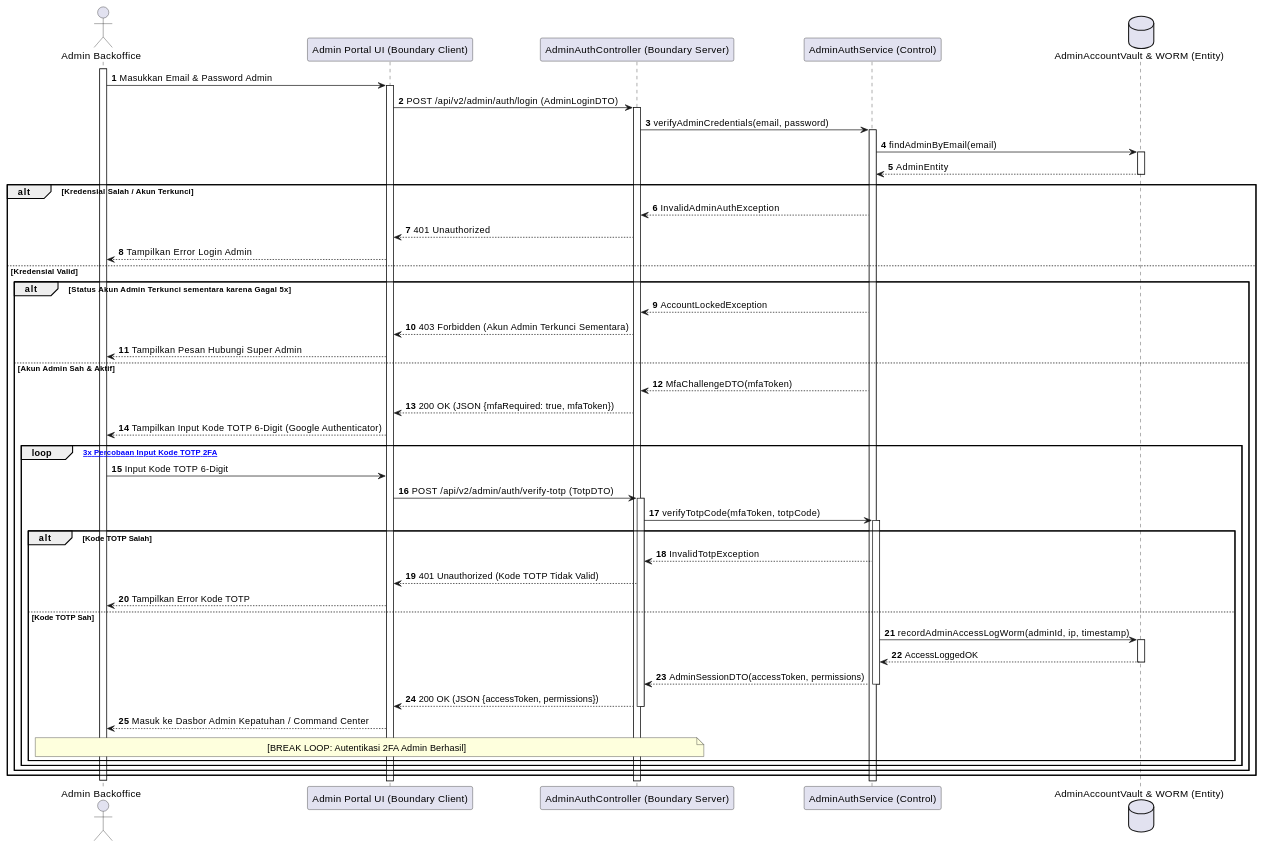
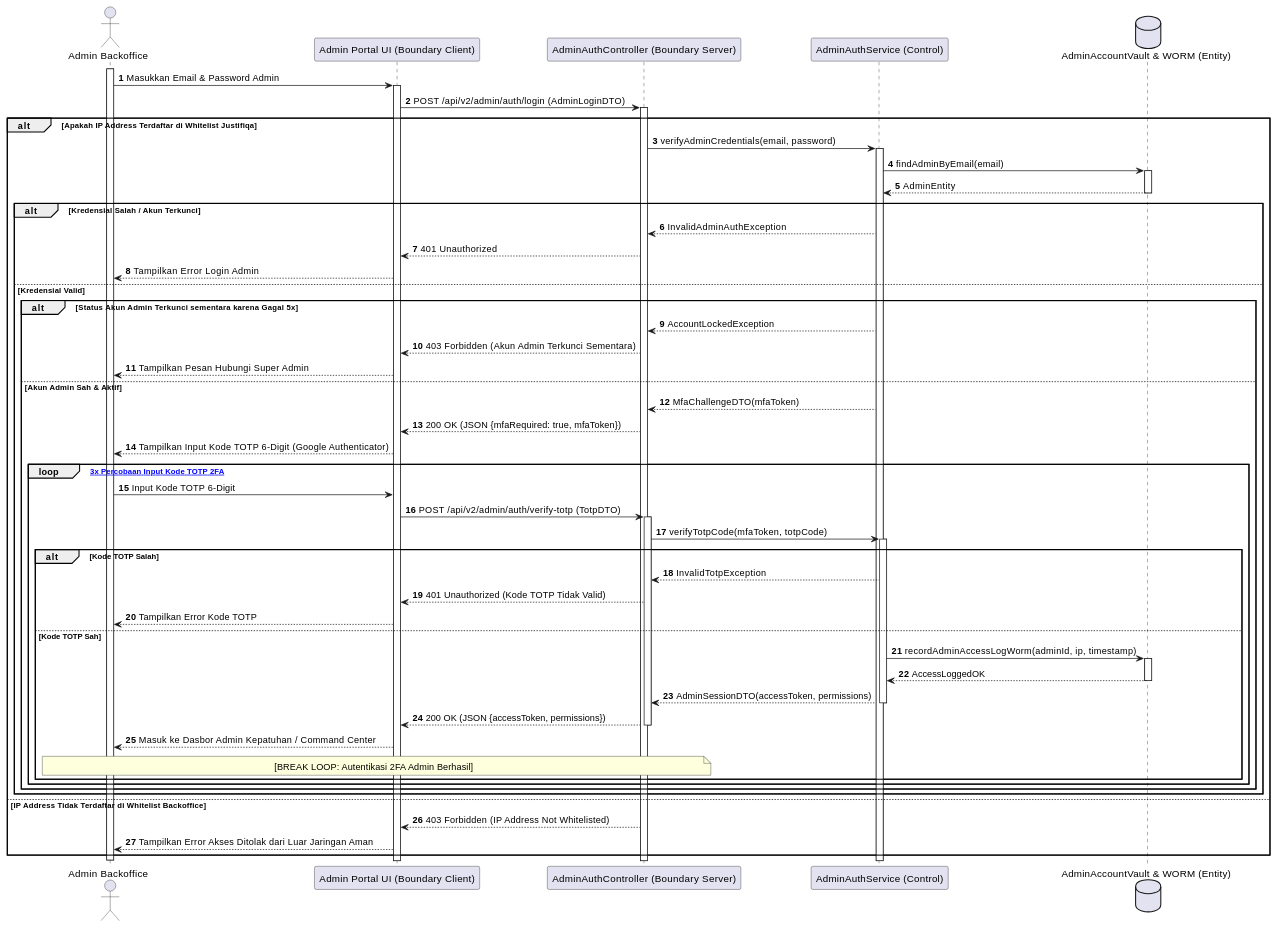
One commit to tupperwureism/SuperApp-Gagal changed diagram 16 of 28 in MarkDown/plantuml_sequence_diagrams.md. Above: the diagram before and after it, drawn with PlantUML. The commit also changed other lines of this file and 2 other files, not shown here.

Commit message:
fix(docs): achieve 0 missing conditions across all 28 Sequence Diagrams vs Activity Diagrams

````diff
--- a/MarkDown/plantuml_sequence_diagrams.md
+++ b/MarkDown/plantuml_sequence_diagrams.md
@@ -903,53 +914,59 @@
 ```plantuml
 @startuml
 autonumber
 actor "Admin Backoffice" as User
 participant "Admin Portal UI (Boundary Client)" as B_FE
 participant "AdminAuthController (Boundary Server)" as B_BE
 participant "AdminAuthService (Control)" as C_Svc
 database "AdminAccountVault & WORM (Entity)" as E_DB
 
 activate User
 User -> B_FE ++ : Masukkan Email & Password Admin
 B_FE -> B_BE ++ : POST /api/v2/admin/auth/login (AdminLoginDTO)
-B_BE -> C_Svc ++ : verifyAdminCredentials(email, password)
-C_Svc -> E_DB ++ : findAdminByEmail(email)
-E_DB --> C_Svc -- : AdminEntity
 
-alt Kredensial Salah / Akun Terkunci
-    C_Svc --> B_BE : InvalidAdminAuthException
-    B_BE --> B_FE : 401 Unauthorized
-    B_FE --> User : Tampilkan Error Login Admin
-else Kredensial Valid
-    alt Status Akun Admin Terkunci sementara karena Gagal 5x
-        C_Svc --> B_BE : AccountLockedException
-        B_BE --> B_FE : 403 Forbidden (Akun Admin Terkunci Sementara)
-        B_FE --> User : Tampilkan Pesan Hubungi Super Admin
-    else Akun Admin Sah & Aktif
-        C_Svc --> B_BE : MfaChallengeDTO(mfaToken)
-        B_BE --> B_FE : 200 OK (JSON {mfaRequired: true, mfaToken})
-        B_FE --> User : Tampilkan Input Kode TOTP 6-Digit (Google Authenticator)
+alt Apakah IP Address Terdaftar di Whitelist Justifiqa
+    B_BE -> C_Svc ++ : verifyAdminCredentials(email, password)
+    C_Svc -> E_DB ++ : findAdminByEmail(email)
+    E_DB --> C_Svc -- : AdminEntity
 
-        loop [Maksimal 3x Percobaan Input Kode TOTP 2FA]
-            User -> B_FE : Input Kode TOTP 6-Digit
-            B_FE -> B_BE ++ : POST /api/v2/admin/auth/verify-totp (TotpDTO)
-            B_BE -> C_Svc ++ : verifyTotpCode(mfaToken, totpCode)
+    alt Kredensial Salah / Akun Terkunci
+        C_Svc --> B_BE : InvalidAdminAuthException
+        B_BE --> B_FE : 401 Unauthorized
+        B_FE --> User : Tampilkan Error Login Admin
+    else Kredensial Valid
+        alt Status Akun Admin Terkunci sementara karena Gagal 5x
+            C_Svc --> B_BE : AccountLockedException
+            B_BE --> B_FE : 403 Forbidden (Akun Admin Terkunci Sementara)
+            B_FE --> User : Tampilkan Pesan Hubungi Super Admin
+        else Akun Admin Sah & Aktif
+            C_Svc --> B_BE : MfaChallengeDTO(mfaToken)
+            B_BE --> B_FE : 200 OK (JSON {mfaRequired: true, mfaToken})
+            B_FE --> User : Tampilkan Input Kode TOTP 6-Digit (Google Authenticator)
 
-            alt Kode TOTP Salah
-                C_Svc --> B_BE : InvalidTotpException
-                B_BE --> B_FE : 401 Unauthorized (Kode TOTP Tidak Valid)
-                B_FE --> User : Tampilkan Error Kode TOTP
-            else Kode TOTP Sah
-                C_Svc -> E_DB ++ : recordAdminAccessLogWorm(adminId, ip, timestamp)
-                E_DB --> C_Svc -- : AccessLoggedOK
-                C_Svc --> B_BE -- : AdminSessionDTO(accessToken, permissions)
-                B_BE --> B_FE -- : 200 OK (JSON {accessToken, permissions})
-                B_FE --> User : Masuk ke Dasbor Admin Kepatuhan / Command Center
-                note over User, B_BE : [BREAK LOOP: Autentikasi 2FA Admin Berhasil]
+            loop [Maksimal 3x Percobaan Input Kode TOTP 2FA]
+                User -> B_FE : Input Kode TOTP 6-Digit
+                B_FE -> B_BE ++ : POST /api/v2/admin/auth/verify-totp (TotpDTO)
+                B_BE -> C_Svc ++ : verifyTotpCode(mfaToken, totpCode)
+
+                alt Kode TOTP Salah
+                    C_Svc --> B_BE : InvalidTotpException
+                    B_BE --> B_FE : 401 Unauthorized (Kode TOTP Tidak Valid)
+                    B_FE --> User : Tampilkan Error Kode TOTP
+                else Kode TOTP Sah
+                    C_Svc -> E_DB ++ : recordAdminAccessLogWorm(adminId, ip, timestamp)
+                    E_DB --> C_Svc -- : AccessLoggedOK
+                    C_Svc --> B_BE -- : AdminSessionDTO(accessToken, permissions)
+                    B_BE --> B_FE -- : 200 OK (JSON {accessToken, permissions})
+                    B_FE --> User : Masuk ke Dasbor Admin Kepatuhan / Command Center
+                    note over User, B_BE : [BREAK LOOP: Autentikasi 2FA Admin Berhasil]
+                end
             end
         end
     end
+else IP Address Tidak Terdaftar di Whitelist Backoffice
+    B_BE --> B_FE : 403 Forbidden (IP Address Not Whitelisted)
+    B_FE --> User : Tampilkan Error Akses Ditolak dari Luar Jaringan Aman
 end
 deactivate User
 @enduml
 ```
````
